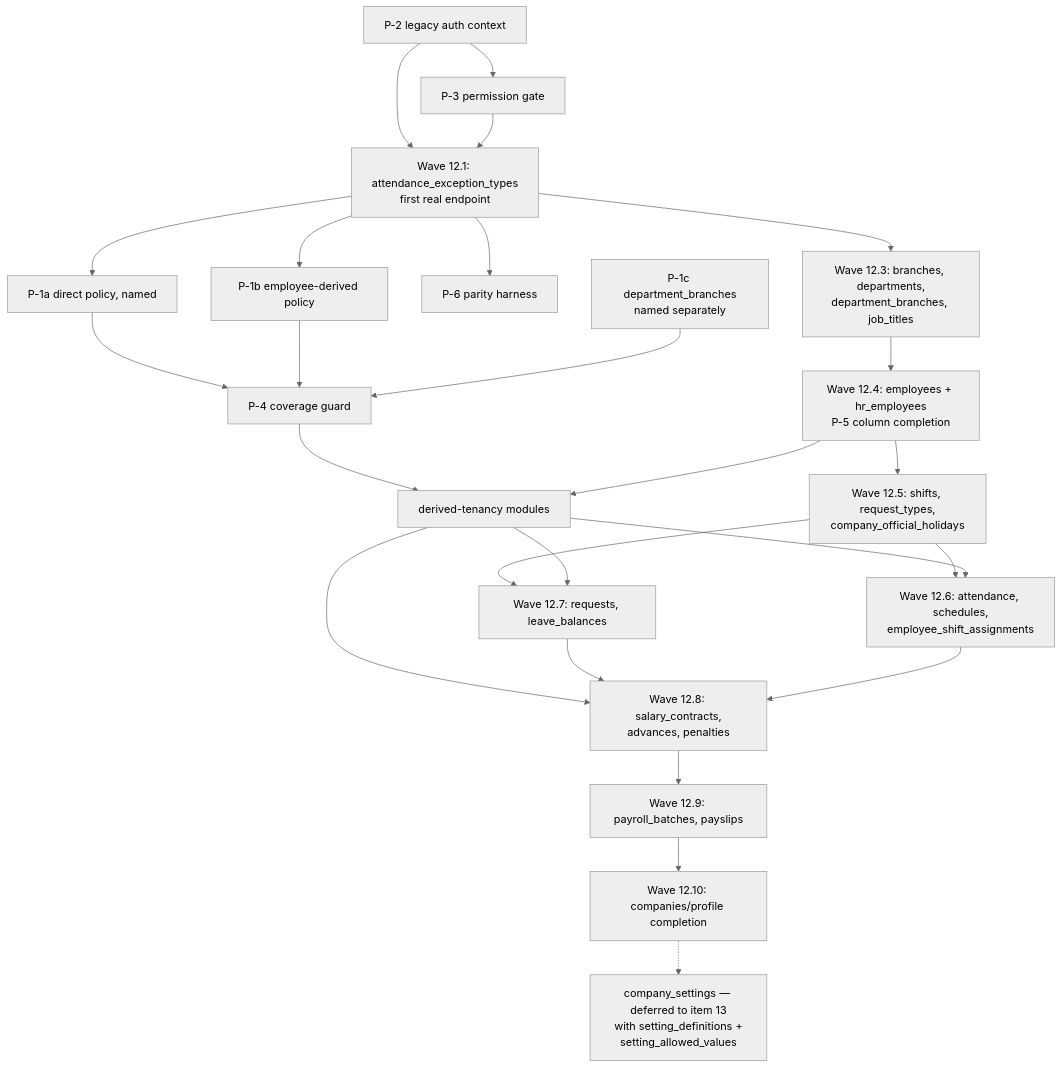
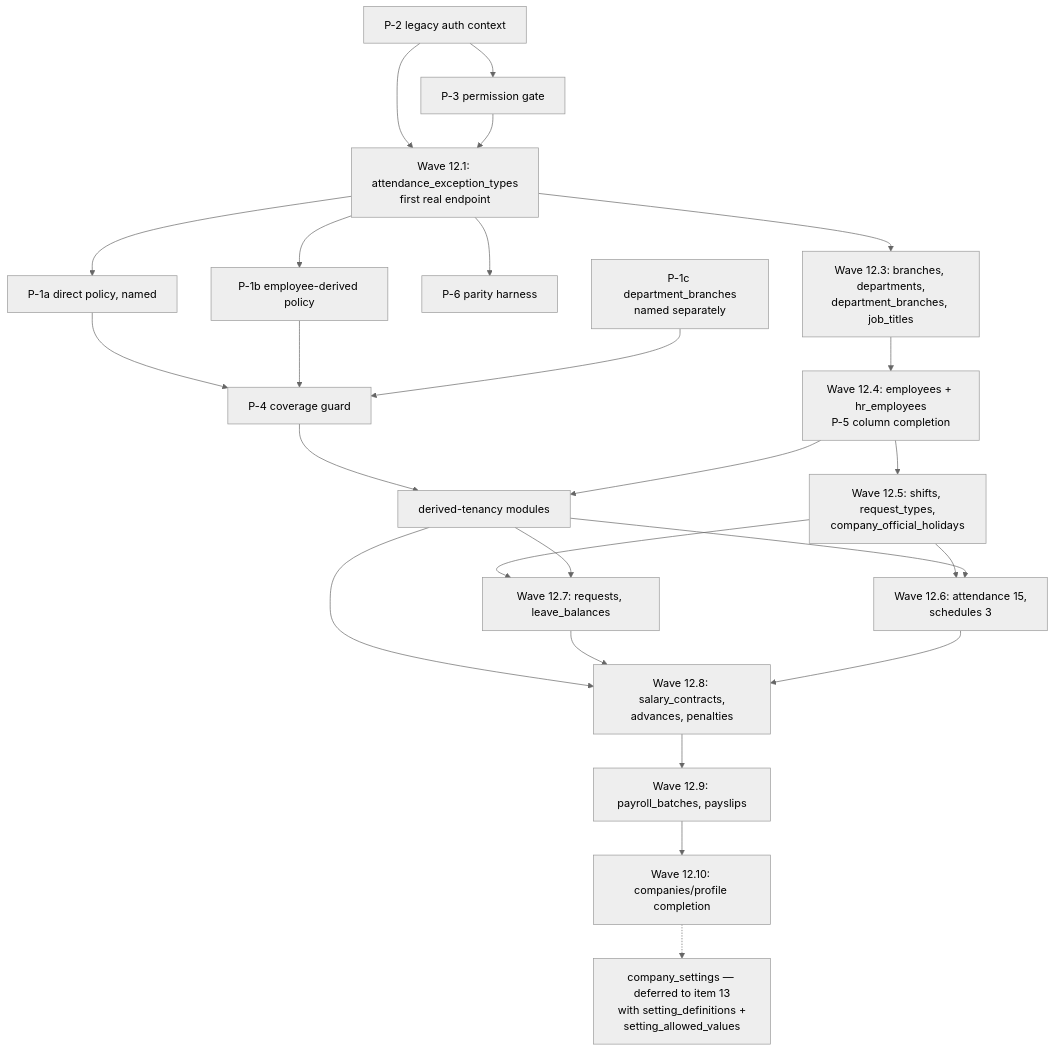
The diagram in docs/migration/2026-08-18-item-12-specification.md (workin-hr/hr-platform), drawn with Mermaid (neutral theme) before and after one commit. The commit also changed other lines of this file and 114 other files, not shown here.

First line of the commit message:
feat(phase1): Wave 12.6 -- shifts, request_types, holidays, attendance and schedules (#112)

````diff
--- a/docs/migration/2026-08-18-item-12-specification.md
+++ b/docs/migration/2026-08-18-item-12-specification.md
@@ -396,28 +396,28 @@
 ```mermaid
 graph TD
   P2[P-2 legacy auth context] --> P3[P-3 permission gate]
   P2 --> W0
   P3 --> W0
   W0[Wave 12.1: attendance_exception_types<br/>first real endpoint] --> P1B[P-1b employee-derived policy]
   W0 --> P1A[P-1a direct policy, named]
   W0 --> P6[P-6 parity harness]
   P1A --> P4[P-4 coverage guard]
   P1B --> P4
   P1C[P-1c department_branches<br/>named separately] --> P4
   P4 --> D[derived-tenancy modules]
 
   W0 --> ORG[Wave 12.3: branches, departments,<br/>department_branches, job_titles]
   ORG --> EMP[Wave 12.4: employees + hr_employees<br/>P-5 column completion]
   EMP --> MASTER[Wave 12.5: shifts, request_types,<br/>company_official_holidays]
   EMP --> D
-  MASTER --> ATT[Wave 12.6: attendance, schedules,<br/>employee_shift_assignments]
+  MASTER --> ATT[Wave 12.6: attendance 15,<br/>schedules 3]
   MASTER --> REQ[Wave 12.7: requests, leave_balances]
   D --> ATT
   D --> REQ
   D --> PAY[Wave 12.8: salary_contracts,<br/>advances, penalties]
   REQ --> PAY
   ATT --> PAY
   PAY --> RUN[Wave 12.9: payroll_batches, payslips]
   RUN --> CS[Wave 12.10: companies/profile completion]
   CS -.-> I13[company_settings — deferred to item 13<br/>with setting_definitions +<br/>setting_allowed_values]
 ```
````
